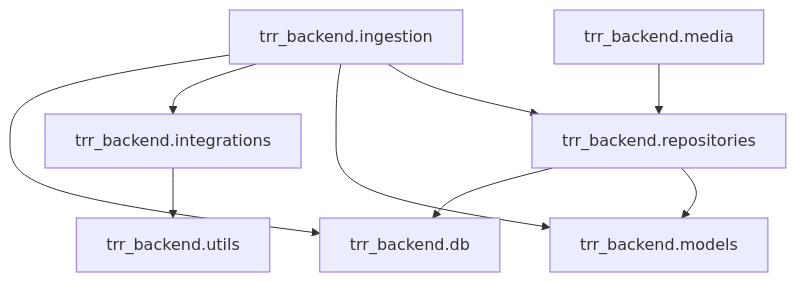
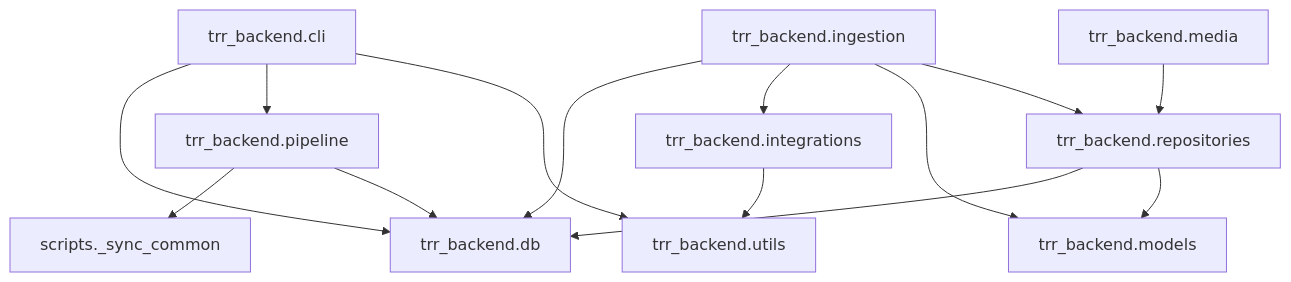
One commit to therealityreport/trr-backend changed the diagram in docs/Repository/generated/CODE_IMPORT_GRAPH.md. Above: the diagram before and after it, drawn with Mermaid. The commit also changed 128 other files, not shown here.

Commit message:
Reorganize pipeline docs and scripts

````diff
--- a/docs/Repository/generated/CODE_IMPORT_GRAPH.md
+++ b/docs/Repository/generated/CODE_IMPORT_GRAPH.md
@@ -3,19 +3,27 @@
 ```mermaid
 flowchart TB
-    n0["trr_backend.db"]
-    n1["trr_backend.ingestion"]
-    n2["trr_backend.integrations"]
-    n3["trr_backend.media"]
-    n4["trr_backend.models"]
-    n5["trr_backend.repositories"]
-    n6["trr_backend.utils"]
+    n0["scripts._sync_common"]
+    n1["trr_backend.cli"]
+    n2["trr_backend.db"]
+    n3["trr_backend.ingestion"]
+    n4["trr_backend.integrations"]
+    n5["trr_backend.media"]
+    n6["trr_backend.models"]
+    n7["trr_backend.pipeline"]
+    n8["trr_backend.repositories"]
+    n9["trr_backend.utils"]
 
-    n1 --> n0
     n1 --> n2
-    n1 --> n4
-    n1 --> n5
-    n2 --> n6
-    n3 --> n5
-    n5 --> n0
-    n5 --> n4
+    n1 --> n7
+    n1 --> n9
+    n3 --> n2
+    n3 --> n4
+    n3 --> n6
+    n3 --> n8
+    n4 --> n9
+    n5 --> n8
+    n7 --> n0
+    n7 --> n2
+    n8 --> n2
+    n8 --> n6
 ```
````
